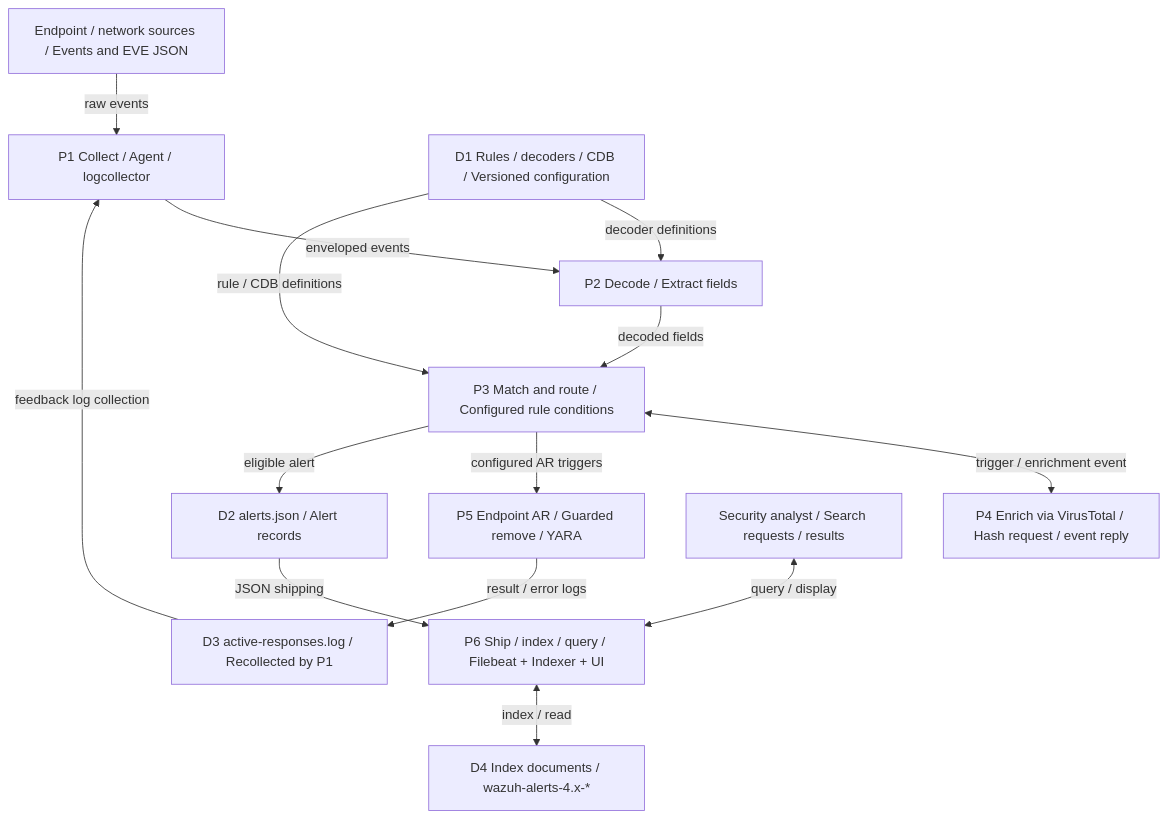
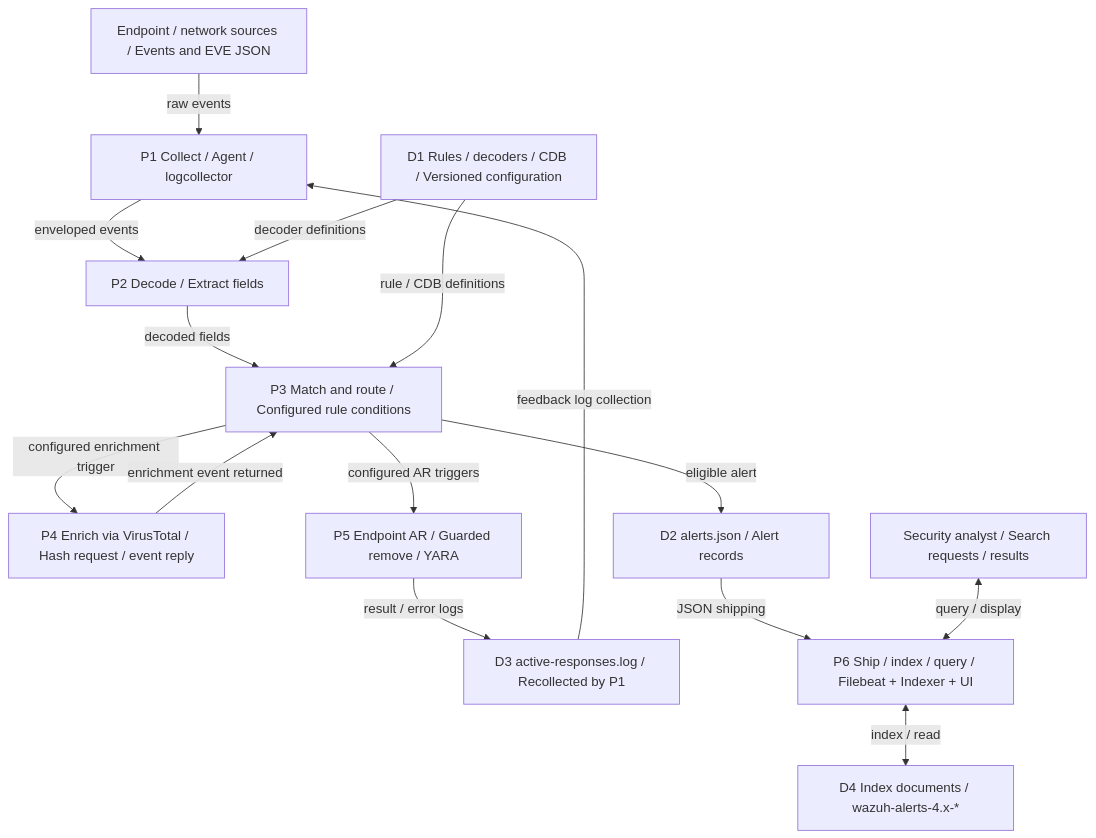
The diagram in docs/thesis/figures/fig04_dfd1.mmd (MoTechSys/my-bro), drawn with Mermaid before and after one commit. The commit also changed 15 other files, not shown here.

```diff
--- a/docs/thesis/figures/fig04_dfd1.mmd
+++ b/docs/thesis/figures/fig04_dfd1.mmd
@@ -1,26 +1,27 @@
 flowchart TB
     source["Endpoint / network sources / Events and EVE JSON"]
     collect["P1 Collect / Agent / logcollector"]
     config["D1 Rules / decoders / CDB / Versioned configuration"]
     decode["P2 Decode / Extract fields"]
     enrich["P4 Enrich via VirusTotal / Hash request / event reply"]
     match["P3 Match and route / Configured rule conditions"]
     respond["P5 Endpoint AR / Guarded remove / YARA"]
     alerts["D2 alerts.json / Alert records"]
     arlog["D3 active-responses.log / Recollected by P1"]
     present["P6 Ship / index / query / Filebeat + Indexer + UI"]
     analyst["Security analyst / Search requests / results"]
     documents["D4 Index documents / wazuh-alerts-4.x-*"]
     source -->|"raw events"| collect
     collect -->|"enveloped events"| decode
     config -->|"decoder definitions"| decode
     decode -->|"decoded fields"| match
-    match <-->|"trigger / enrichment event"| enrich
+    match -->|"configured enrichment trigger"| enrich
     match -->|"configured AR triggers"| respond
     respond -->|"result / error logs"| arlog
     match -->|"eligible alert"| alerts
     alerts -->|"JSON shipping"| present
     present <-->|"index / read"| documents
     analyst <-->|"query / display"| present
     config -->|"rule / CDB definitions"| match
     arlog -->|"feedback log collection"| collect
+    enrich -->|"enrichment event returned"| match
```
